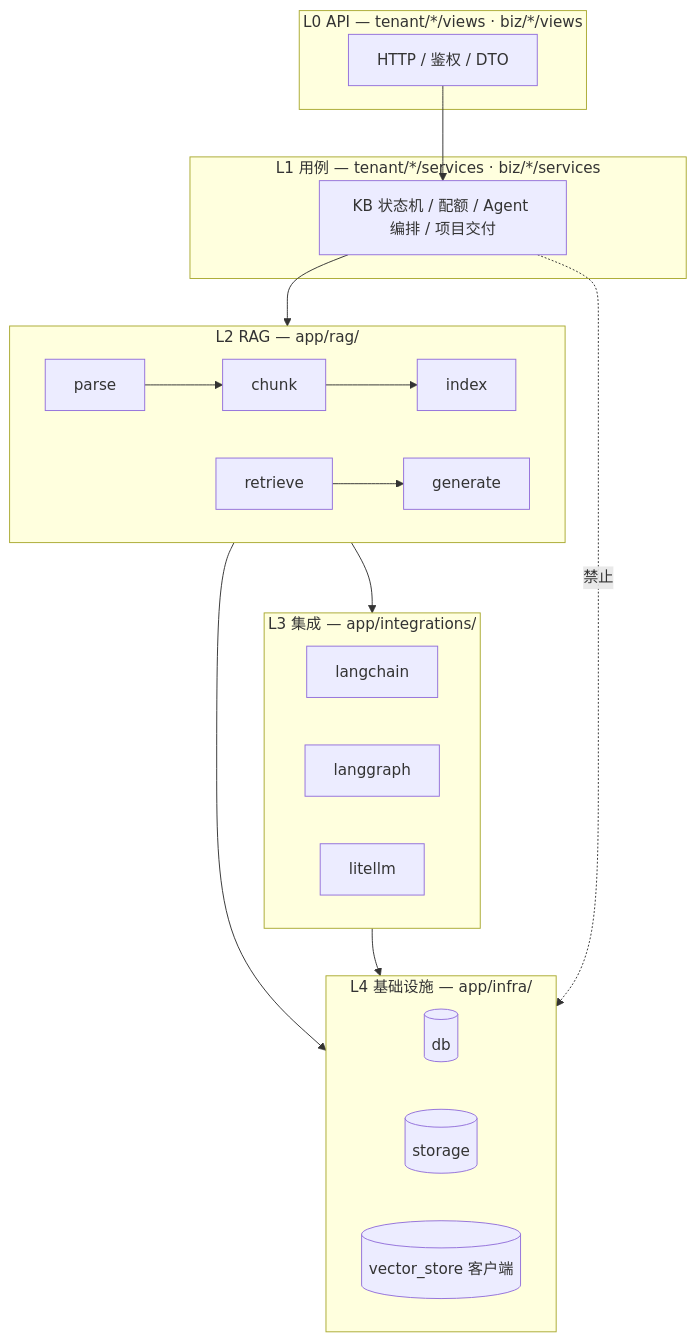
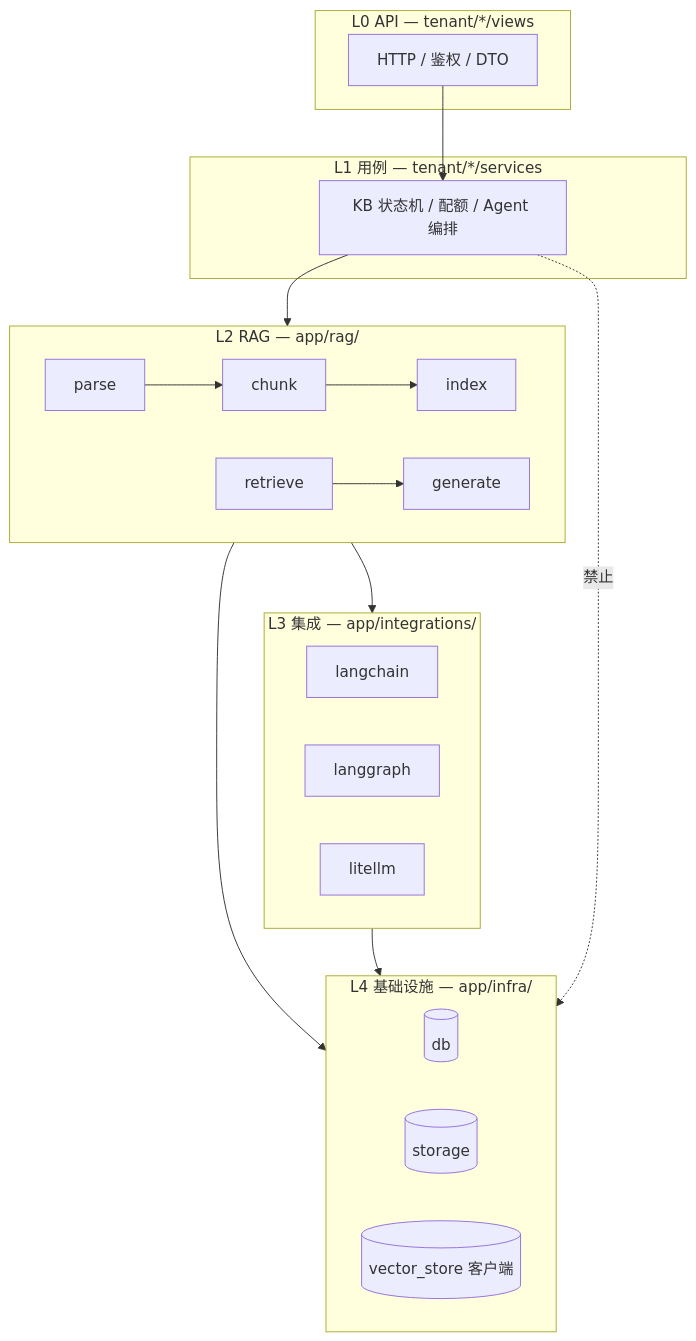
The diagram in docs/architecture/layering.md (miles-ai-saas/MilesAi), drawn with Mermaid before and after one commit. The commit also changed other lines of this file and 65 other files, not shown here.

````diff
--- a/docs/architecture/layering.md
+++ b/docs/architecture/layering.md
@@ -34,39 +33,39 @@
 ```mermaid
 flowchart TB
-    subgraph L0["L0 API — tenant/*/views · biz/*/views"]
+    subgraph L0["L0 API — tenant/*/views"]
         API[HTTP / 鉴权 / DTO]
     end
 
-    subgraph L1["L1 用例 — tenant/*/services · biz/*/services"]
-        UC[KB 状态机 / 配额 / Agent 编排 / 项目交付]
+    subgraph L1["L1 用例 — tenant/*/services"]
+        UC[KB 状态机 / 配额 / Agent 编排]
     end
 
     subgraph L2["L2 RAG — app/rag/"]
         P[parse]
         C[chunk]
         I[index]
         R[retrieve]
         G[generate]
         P --> C --> I
         R --> G
     end
 
     subgraph L3["L3 集成 — app/integrations/"]
         LC[langchain]
         LG[langgraph]
         LLM[litellm]
     end
 
     subgraph L4["L4 基础设施 — app/infra/"]
         DB[(db)]
         OSS[(storage)]
         VS[(vector_store 客户端)]
     end
 
     API --> UC
     UC --> L2
     L2 --> L3
     L2 --> L4
     L3 --> L4
     UC -.->|禁止| L4
 ```
````
